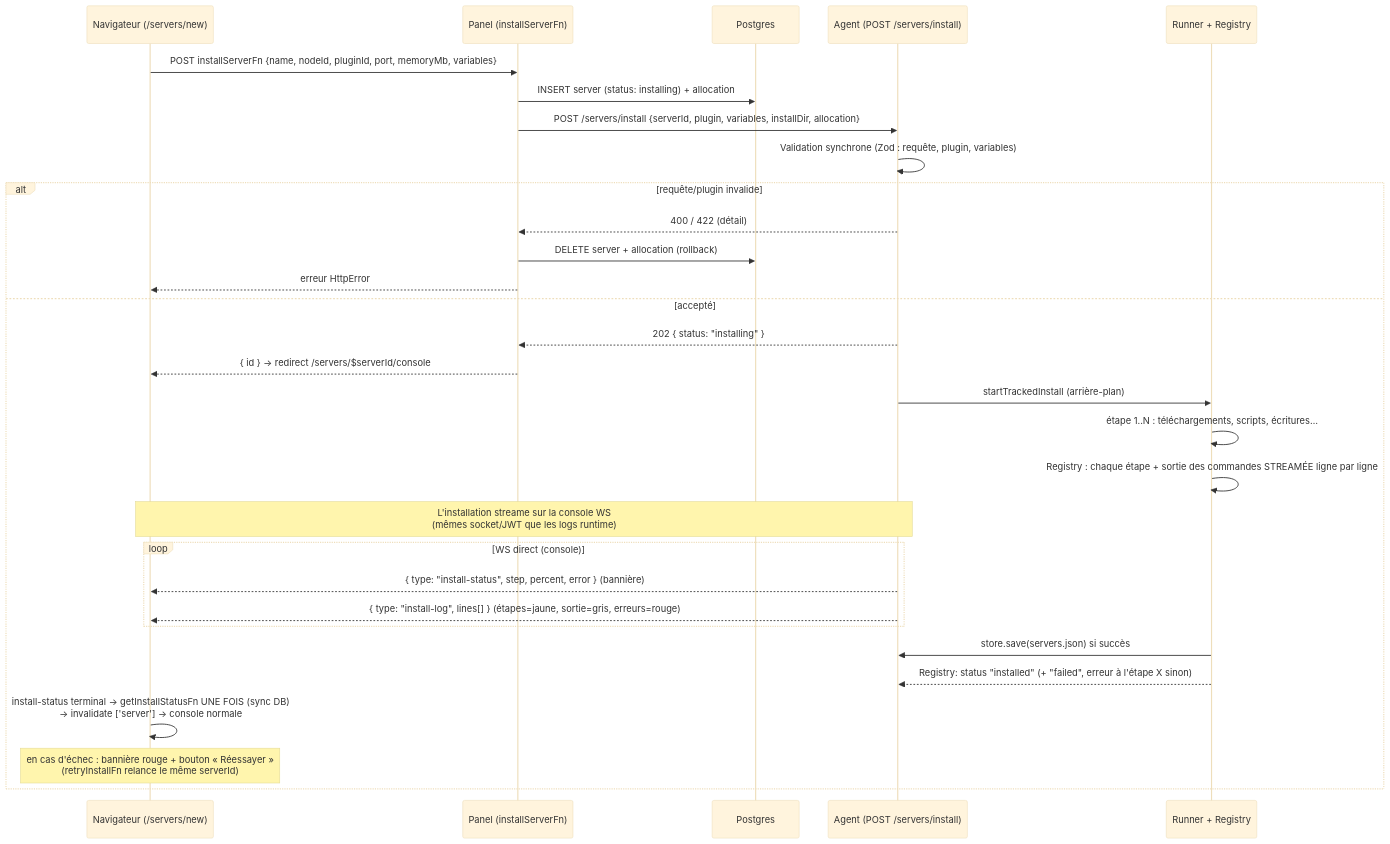
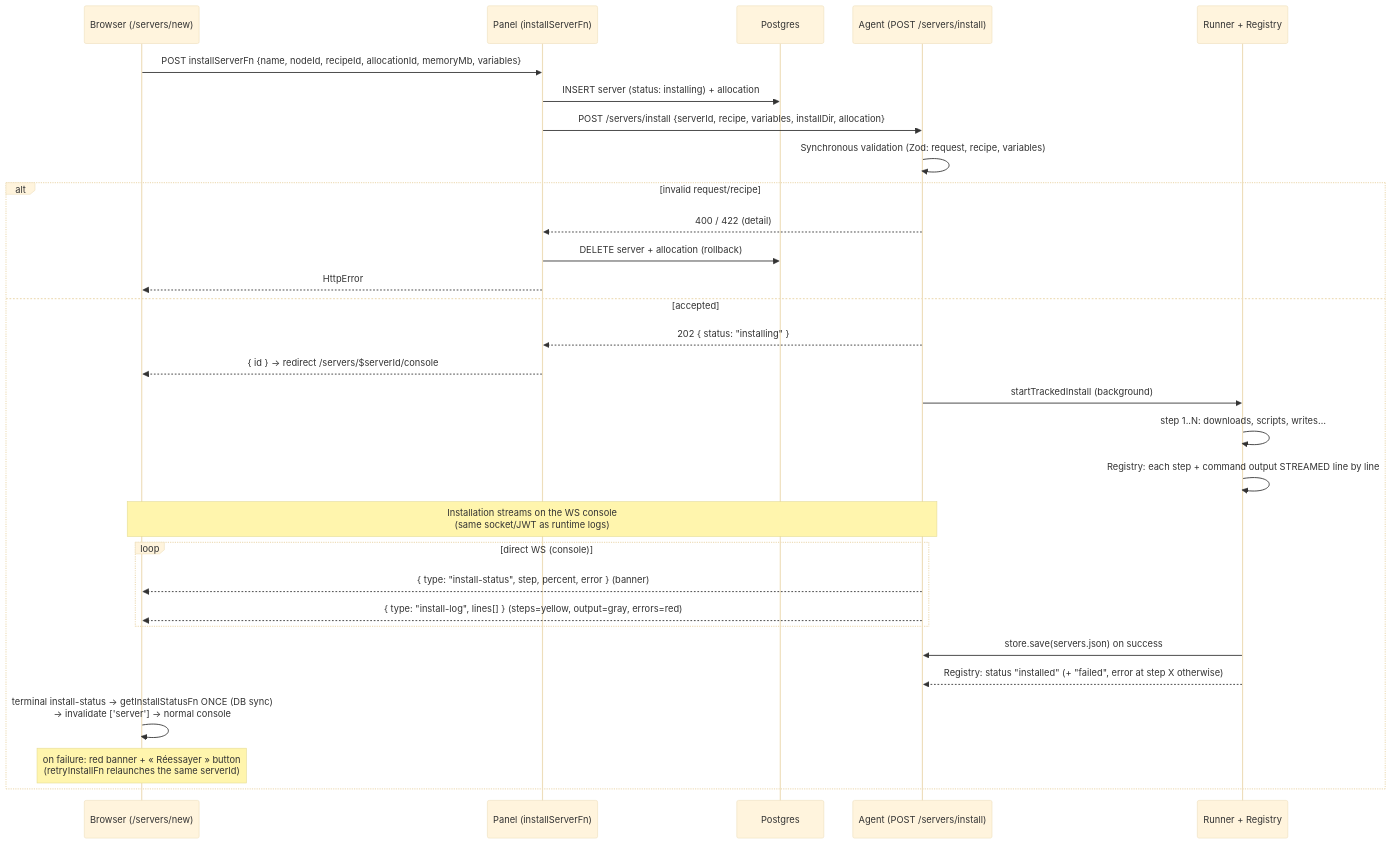
Before and after one commit to mojito-panel/panel: the third of 9 diagrams in docs/communications.md, drawn with Mermaid (base theme). The commit also changed other lines of this file and 81 other files, not shown here.

First line of the commit message:
feat: allocations (Pelican-style), plugin->recipe rename, English tests & docs

````diff
--- a/docs/communications.md
+++ b/docs/communications.md
@@ -78,33 +78,33 @@
 ```mermaid
 sequenceDiagram
-    participant N as Navigateur (/servers/new)
+    participant N as Browser (/servers/new)
     participant P as Panel (installServerFn)
     participant D as Postgres
     participant A as Agent (POST /servers/install)
     participant R as Runner + Registry
 
-    N->>P: POST installServerFn {name, nodeId, pluginId, port, memoryMb, variables}
+    N->>P: POST installServerFn {name, nodeId, recipeId, allocationId, memoryMb, variables}
     P->>D: INSERT server (status: installing) + allocation
-    P->>A: POST /servers/install {serverId, plugin, variables, installDir, allocation}
-    A->>A: Validation synchrone (Zod : requête, plugin, variables)
-    alt requête/plugin invalide
-        A-->>P: 400 / 422 (détail)
+    P->>A: POST /servers/install {serverId, recipe, variables, installDir, allocation}
+    A->>A: Synchronous validation (Zod: request, recipe, variables)
+    alt invalid request/recipe
+        A-->>P: 400 / 422 (detail)
         P->>D: DELETE server + allocation (rollback)
-        P-->>N: erreur HttpError
-    else accepté
+        P-->>N: HttpError
+    else accepted
         A-->>P: 202 { status: "installing" }
         P-->>N: { id } → redirect /servers/$serverId/console
-        A->>R: startTrackedInstall (arrière-plan)
-        R->>R: étape 1..N : téléchargements, scripts, écritures…
-        R->>R: Registry : chaque étape + sortie des commandes STREAMÉE ligne par ligne
-        Note over N,A: L'installation streame sur la console WS<br/>(mêmes socket/JWT que les logs runtime)
-        loop WS direct (console)
-            A-->>N: { type: "install-status", step, percent, error } (bannière)
-            A-->>N: { type: "install-log", lines[] } (étapes=jaune, sortie=gris, erreurs=rouge)
+        A->>R: startTrackedInstall (background)
+        R->>R: step 1..N: downloads, scripts, writes…
+        R->>R: Registry: each step + command output STREAMED line by line
+        Note over N,A: Installation streams on the WS console<br/>(same socket/JWT as runtime logs)
+        loop direct WS (console)
+            A-->>N: { type: "install-status", step, percent, error } (banner)
+            A-->>N: { type: "install-log", lines[] } (steps=yellow, output=gray, errors=red)
         end
-        R->>A: store.save(servers.json) si succès
-        R-->>A: Registry: status "installed" (+ "failed", erreur à l'étape X sinon)
-        N->>N: install-status terminal → getInstallStatusFn UNE FOIS (sync DB)<br/>→ invalidate ['server'] → console normale
-        Note over N: en cas d'échec : bannière rouge + bouton « Réessayer »<br/>(retryInstallFn relance le même serverId)
+        R->>A: store.save(servers.json) on success
+        R-->>A: Registry: status "installed" (+ "failed", error at step X otherwise)
+        N->>N: terminal install-status → getInstallStatusFn ONCE (DB sync)<br/>→ invalidate ['server'] → normal console
+        Note over N: on failure: red banner + « Réessayer » button<br/>(retryInstallFn relaunches the same serverId)
     end
 ```
````
